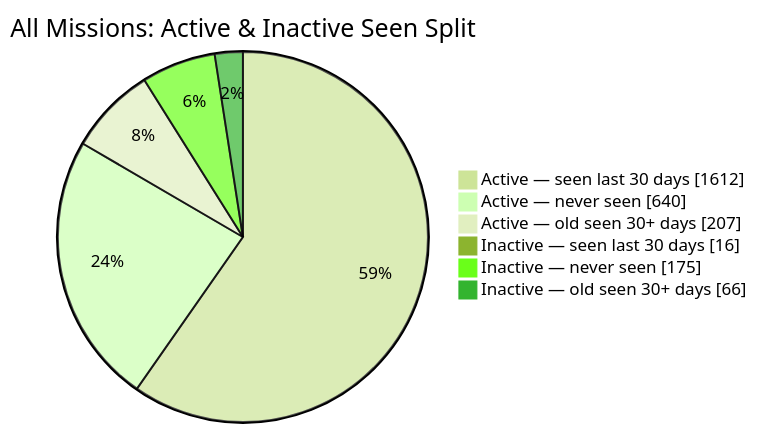
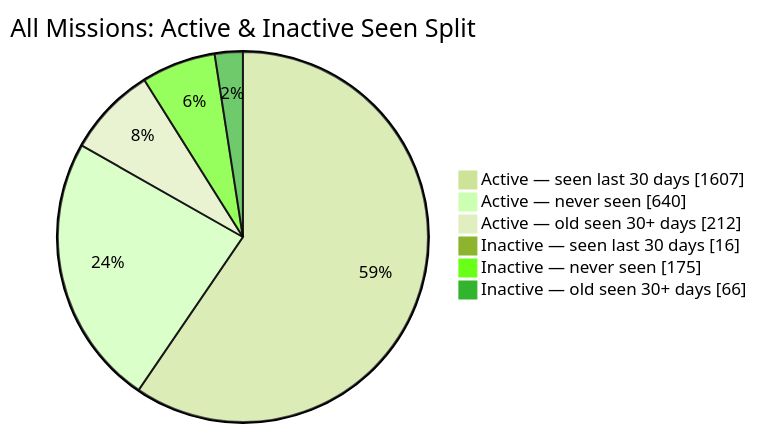
One commit to MeldkamerspelGameTeam/active-missions changed the second of 2 diagrams in README.md. Above: the diagram before and after it, drawn with Mermaid (forest theme). The commit also changed other lines of this file and 3 other files, not shown here.

````diff
--- a/README.md
+++ b/README.md
@@ -44,10 +44,10 @@
 ```mermaid
 pie showData
     title All Missions: Active & Inactive Seen Split
-    "Active — seen last 30 days" : 1612
+    "Active — seen last 30 days" : 1607
     "Active — never seen" : 640
-    "Active — old seen 30+ days" : 207
+    "Active — old seen 30+ days" : 212
     "Inactive — seen last 30 days" : 16
     "Inactive — never seen" : 175
     "Inactive — old seen 30+ days" : 66
 ```
````
